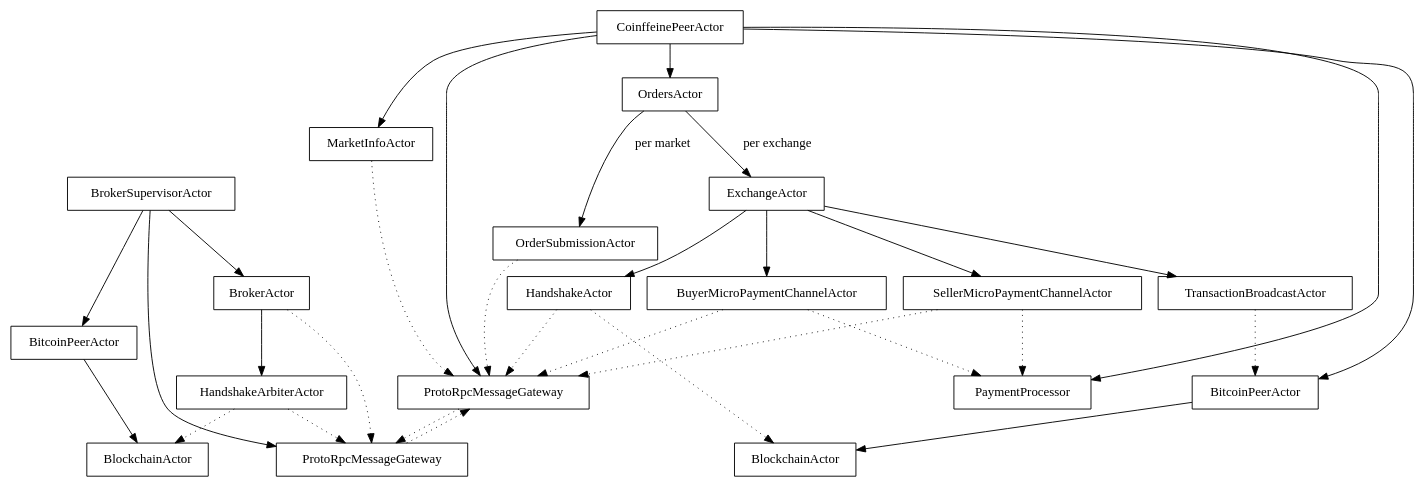
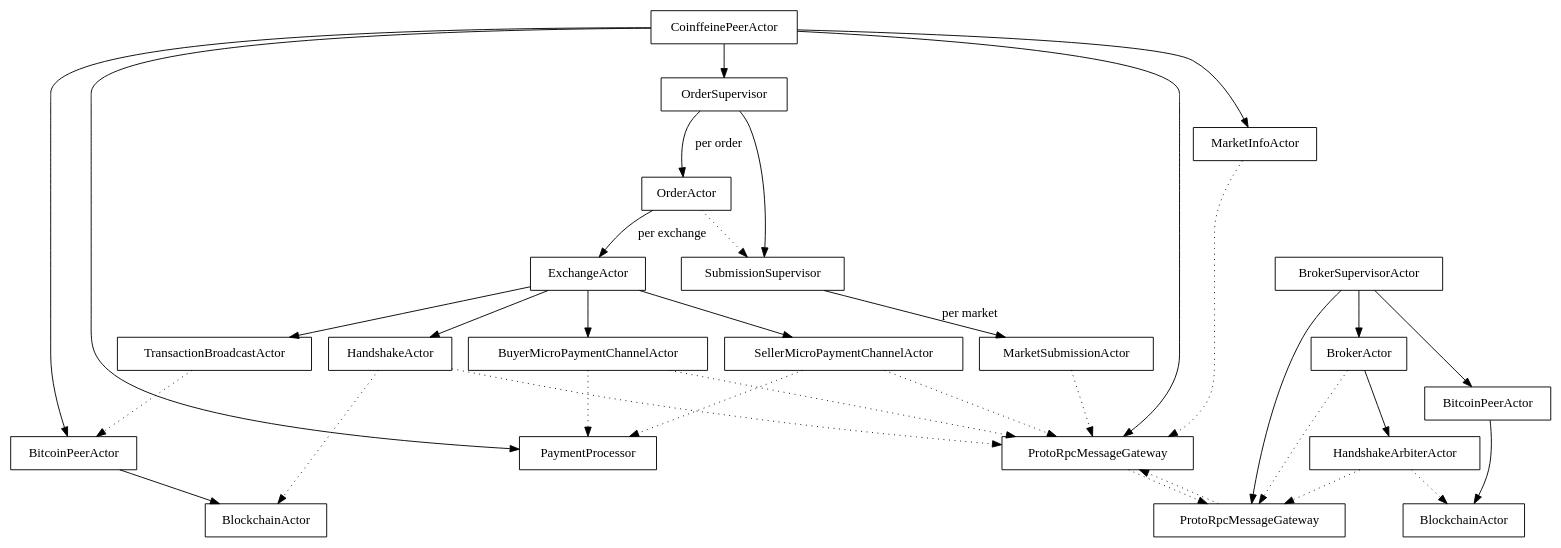
One commit to Gutalean/coinffeine changed the diagram in doc/graphviz/actor-supervision.dot. Above: the diagram before and after it, drawn with Graphviz.

Commit message:
update actors diagram.

```diff
--- a/doc/graphviz/actor-supervision.dot
+++ b/doc/graphviz/actor-supervision.dot
@@ -1,46 +1,49 @@
 digraph {
 	node[shape=rectangle];
 
 	ProtoRpcMessageGateway1[label="ProtoRpcMessageGateway"];
 	ProtoRpcMessageGateway2[label="ProtoRpcMessageGateway"];
 	ProtoRpcMessageGateway1 -> ProtoRpcMessageGateway2 [style=dotted];
 	ProtoRpcMessageGateway2 -> ProtoRpcMessageGateway1 [style=dotted];
 
 	BitcoinPeerActor1[label="BitcoinPeerActor"];
 	BlockchainActor1[label="BlockchainActor"];
 	BitcoinPeerActor1 -> BlockchainActor1;
 	BitcoinPeerActor2[label="BitcoinPeerActor"];
 	BlockchainActor2[label="BlockchainActor"];
 	BitcoinPeerActor2 -> BlockchainActor2;
 
 	#############################################################
 	# Client side
-	CoinffeinePeerActor -> ProtoRpcMessageGateway1, OrdersActor,
+	CoinffeinePeerActor -> ProtoRpcMessageGateway1, OrderSupervisor,
                                BitcoinPeerActor1, PaymentProcessor;
-	CoinffeinePeerActor -> MarketInfoActor;	
+	CoinffeinePeerActor -> MarketInfoActor;
 
 	MarketInfoActor -> ProtoRpcMessageGateway1[style=dotted];
-	OrdersActor -> OrderSubmissionActor [label="per market"];
-	OrdersActor -> ExchangeActor [label="per exchange"];
-	OrderSubmissionActor -> ProtoRpcMessageGateway1[style=dotted];
+	OrderSupervisor -> SubmissionSupervisor;
+	SubmissionSupervisor -> MarketSubmissionActor[label="per market"];
+    OrderSupervisor -> OrderActor[label="per order"];
+	OrderActor -> ExchangeActor [label="per exchange"];
+	MarketSubmissionActor -> ProtoRpcMessageGateway1[style=dotted];
+	OrderActor -> SubmissionSupervisor [style=dotted];
 
 	# Client exchange
 	ExchangeActor -> HandshakeActor, 
 		         BuyerMicroPaymentChannelActor, 
 		         SellerMicroPaymentChannelActor, 
 			 TransactionBroadcastActor;
 	HandshakeActor -> ProtoRpcMessageGateway1, BlockchainActor1 [style=dotted];
 	TransactionBroadcastActor -> BitcoinPeerActor1 [style=dotted];
 	BuyerMicroPaymentChannelActor -> ProtoRpcMessageGateway1, PaymentProcessor [style=dotted];
 	SellerMicroPaymentChannelActor -> ProtoRpcMessageGateway1, PaymentProcessor [style=dotted];
 
 
 	#############################################################
 	# Server side
 	BrokerSupervisorActor -> BrokerActor, ProtoRpcMessageGateway2,
  			         BitcoinPeerActor2;
 	BrokerActor -> ProtoRpcMessageGateway2[style=dotted];
 	BrokerActor -> HandshakeArbiterActor;
 	HandshakeArbiterActor -> ProtoRpcMessageGateway2[style=dotted];
 	HandshakeArbiterActor -> BlockchainActor2[style=dotted];
 }
```
